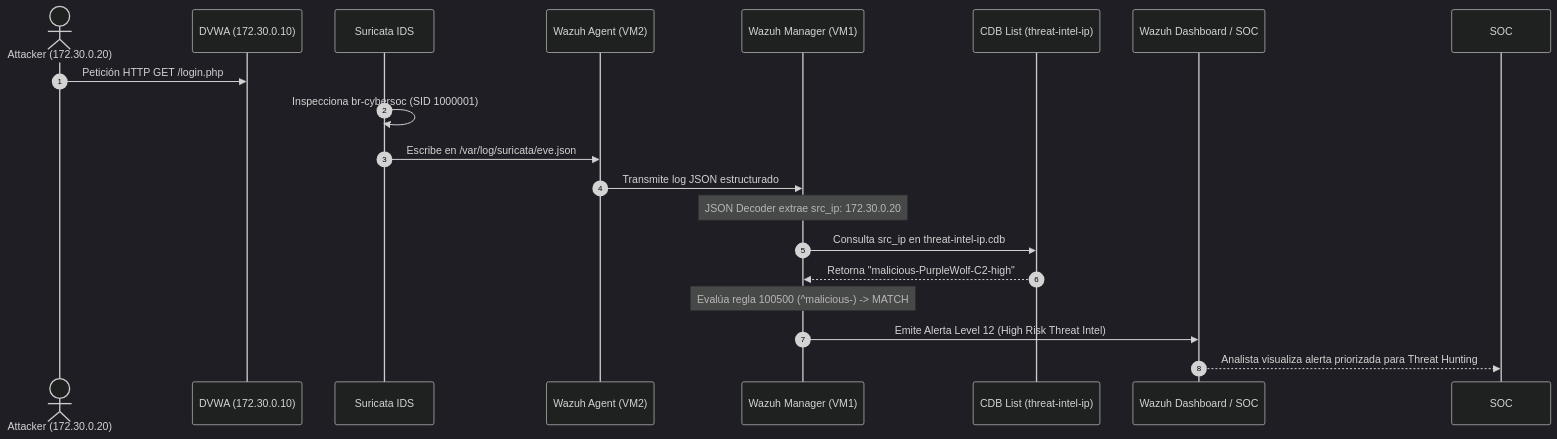
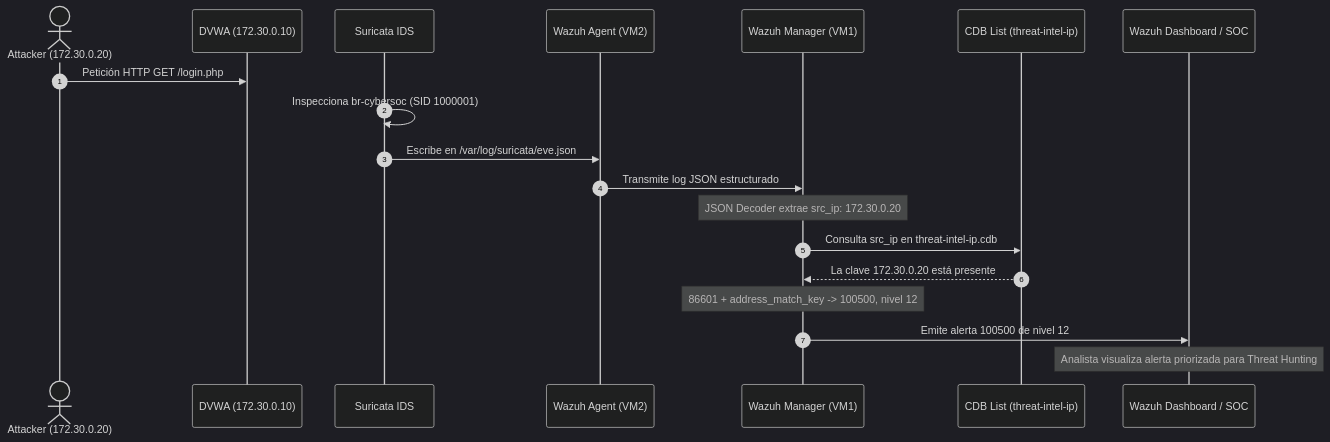
One commit to purpesec/Cybersecurity-For-Beginners changed the third of 3 diagrams in cybersoc/02-arquitectura-soc/lab/README.md. Above: the diagram before and after it, drawn with Mermaid (dark theme). The commit also changed other lines of this file and 1 other file, not shown here.

First line of the commit message:
fix(cybersoc): corregir laboratorio Threat Intelligence con una CDB y regla 100500

````diff
--- a/cybersoc/02-arquitectura-soc/lab/README.md
+++ b/cybersoc/02-arquitectura-soc/lab/README.md
@@ -1459,22 +1490,22 @@
 ```mermaid
 sequenceDiagram
     autonumber
     actor Attacker as Attacker (172.30.0.20)
     participant DVWA as DVWA (172.30.0.10)
     participant Suricata as Suricata IDS
     participant Agent as Wazuh Agent (VM2)
     participant Manager as Wazuh Manager (VM1)
     participant CDB as CDB List (threat-intel-ip)
     participant Dash as Wazuh Dashboard / SOC
 
     Attacker->>DVWA: Petición HTTP GET /login.php
     Suricata->>Suricata: Inspecciona br-cybersoc (SID 1000001)
     Suricata->>Agent: Escribe en /var/log/suricata/eve.json
     Agent->>Manager: Transmite log JSON estructurado
     Note over Manager: JSON Decoder extrae src_ip: 172.30.0.20
     Manager->>CDB: Consulta src_ip en threat-intel-ip.cdb
-    CDB-->>Manager: Retorna "malicious-PurpleWolf-C2-high"
-    Note over Manager: Evalúa regla 100500 (^malicious-) -> MATCH
-    Manager->>Dash: Emite Alerta Level 12 (High Risk Threat Intel)
-    Dash-->>SOC: Analista visualiza alerta priorizada para Threat Hunting
+    CDB-->>Manager: La clave 172.30.0.20 está presente
+    Note over Manager: 86601 + address_match_key -> 100500, nivel 12
+    Manager->>Dash: Emite alerta 100500 de nivel 12
+    Note over Dash: Analista visualiza alerta priorizada para Threat Hunting
 ```
````
